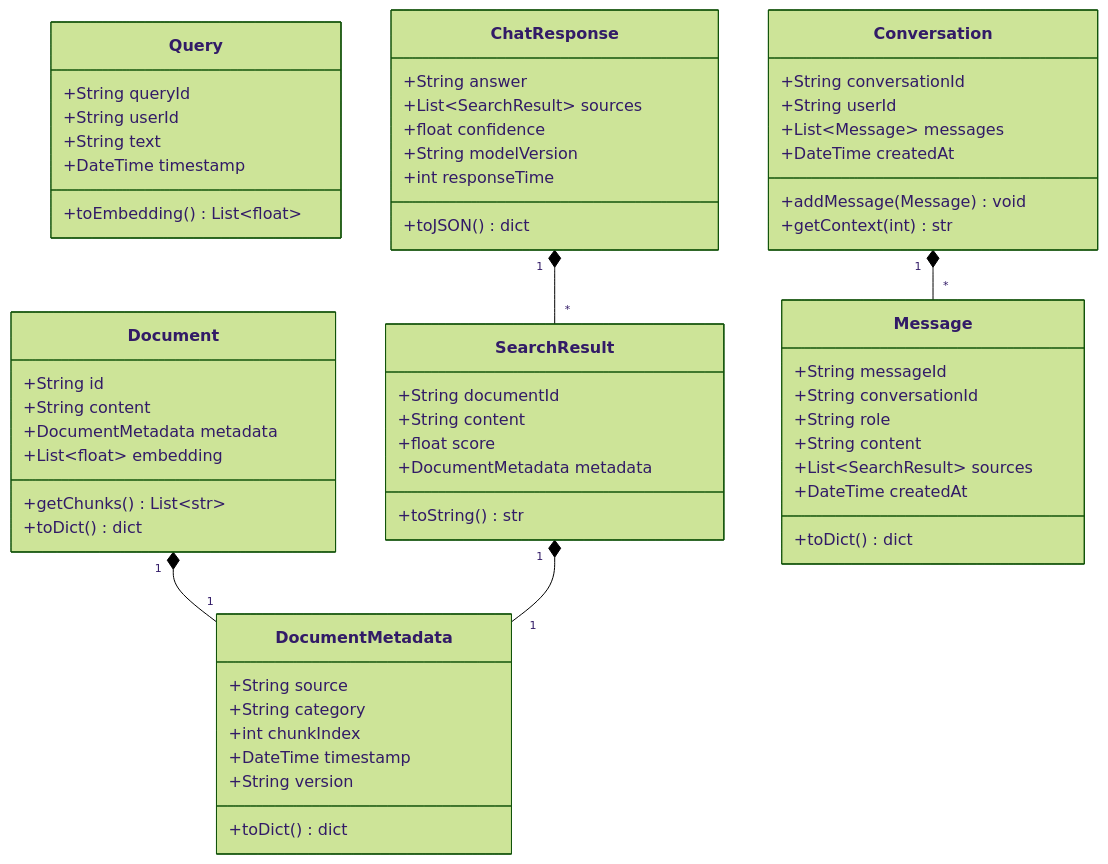
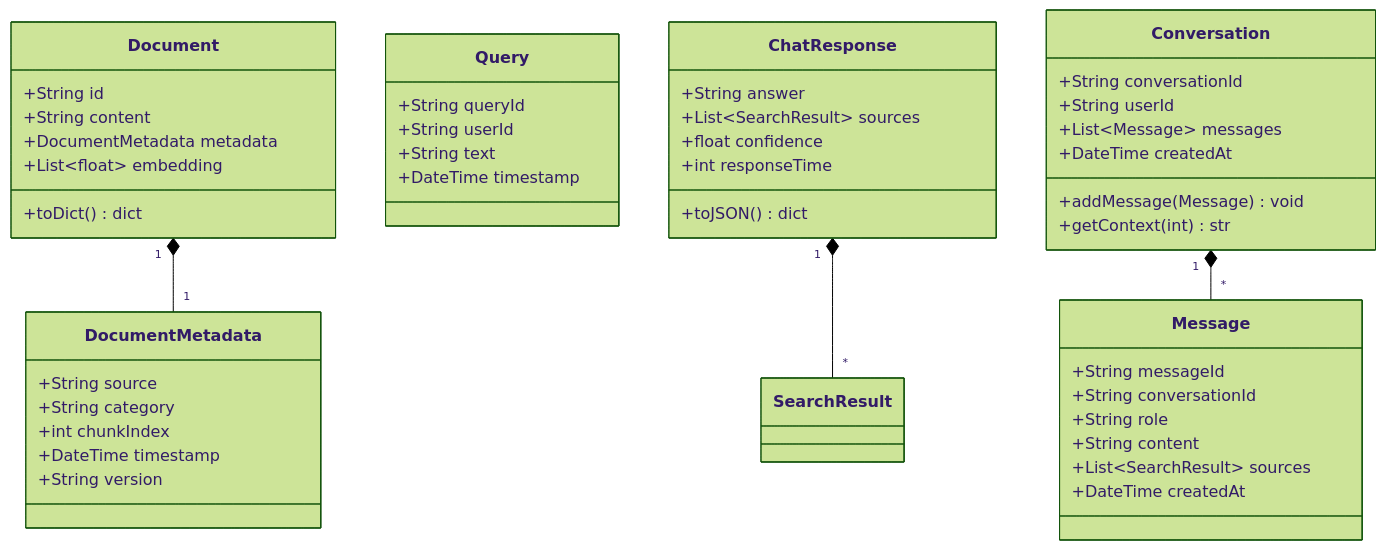
The first of 10 diagrams in README.md (tvanle/Module2-HTTM), drawn with Mermaid (forest theme) before and after one commit. The commit also changed other lines of this file, not shown here.

````diff
--- a/README.md
+++ b/README.md
@@ -111,69 +93,55 @@
 ```mermaid
 classDiagram
     class Document {
         +String id
         +String content
         +DocumentMetadata metadata
         +List~float~ embedding
-        +getChunks() List~str~
         +toDict() dict
     }
 
     class DocumentMetadata {
         +String source
         +String category
         +int chunkIndex
         +DateTime timestamp
         +String version
-        +toDict() dict
     }
 
     class Query {
         +String queryId
         +String userId
         +String text
         +DateTime timestamp
-        +toEmbedding() List~float~
-    }
-
-    class SearchResult {
-        +String documentId
-        +String content
-        +float score
-        +DocumentMetadata metadata
-        +toString() str
     }
 
     class ChatResponse {
         +String answer
         +List~SearchResult~ sources
         +float confidence
-        +String modelVersion
         +int responseTime
         +toJSON() dict
     }
 
     class Conversation {
         +String conversationId
         +String userId
         +List~Message~ messages
         +DateTime createdAt
         +addMessage(Message) void
         +getContext(int) str
     }
 
     class Message {
         +String messageId
         +String conversationId
         +String role
         +String content
         +List~SearchResult~ sources
         +DateTime createdAt
-        +toDict() dict
     }
 
     Document "1" *-- "1" DocumentMetadata
-    SearchResult "1" *-- "1" DocumentMetadata
     ChatResponse "1" *-- "*" SearchResult
     Conversation "1" *-- "*" Message
 ```
````
